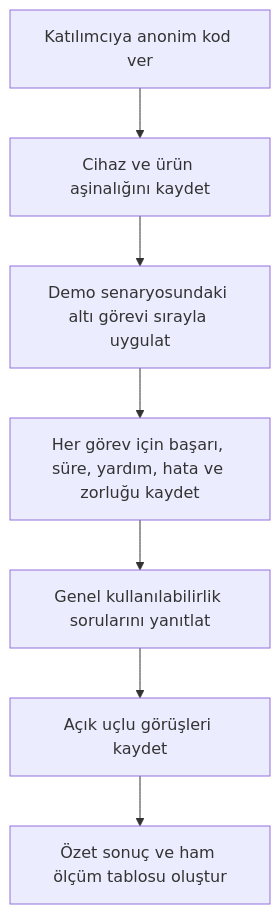
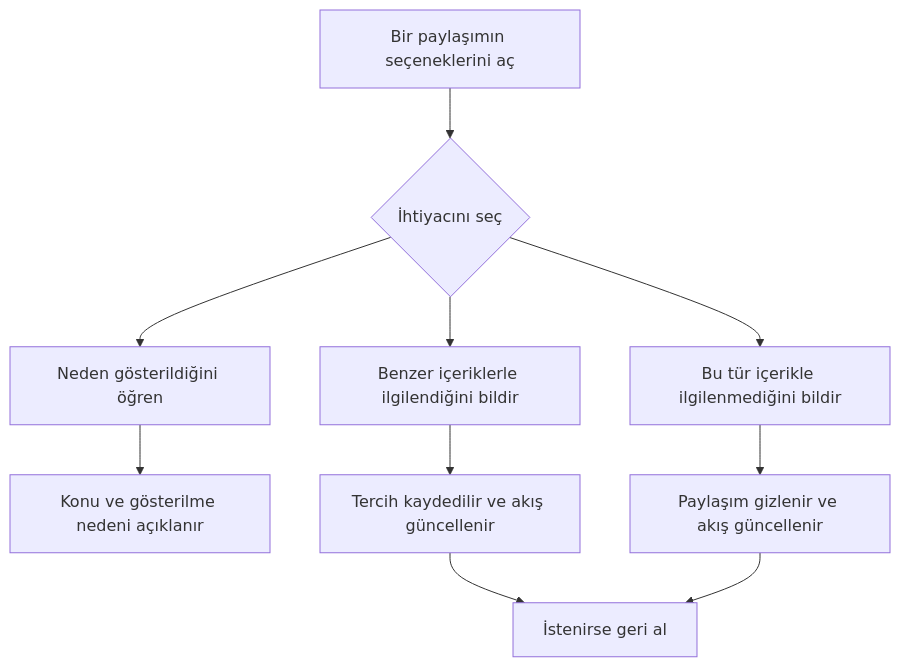
The fifth of 8 diagrams in Docs/DEMO_SCENARIO_UX_ACCESSIBILITY_REPORT.md (NSosyalDuoDesign/NeSosyalPrototip), drawn with Mermaid before and after one commit. The commit also changed other lines of this file and 1 other file, not shown here.

Commit message:
docs: report demo-listed features separately

````diff
--- a/Docs/DEMO_SCENARIO_UX_ACCESSIBILITY_REPORT.md
+++ b/Docs/DEMO_SCENARIO_UX_ACCESSIBILITY_REPORT.md
@@ -95,9 +223,12 @@
 ```mermaid
 flowchart TD
-    A["Katılımcıya anonim kod ver"] --> B["Cihaz ve ürün aşinalığını kaydet"]
-    B --> C["Demo senaryosundaki altı görevi sırayla uygulat"]
-    C --> D["Her görev için başarı, süre, yardım, hata ve zorluğu kaydet"]
-    D --> E["Genel kullanılabilirlik sorularını yanıtlat"]
-    E --> F["Açık uçlu görüşleri kaydet"]
-    F --> G["Özet sonuç ve ham ölçüm tablosu oluştur"]
+    A["Bir paylaşımın seçeneklerini aç"] --> B{"İhtiyacını seç"}
+    B --> C["Neden gösterildiğini öğren"]
+    B --> D["Benzer içeriklerle ilgilendiğini bildir"]
+    B --> E["Bu tür içerikle ilgilenmediğini bildir"]
+    C --> F["Konu ve gösterilme nedeni açıklanır"]
+    D --> G["Tercih kaydedilir ve akış güncellenir"]
+    E --> H["Paylaşım gizlenir ve akış güncellenir"]
+    G --> I["İstenirse geri al"]
+    H --> I
 ```
````
